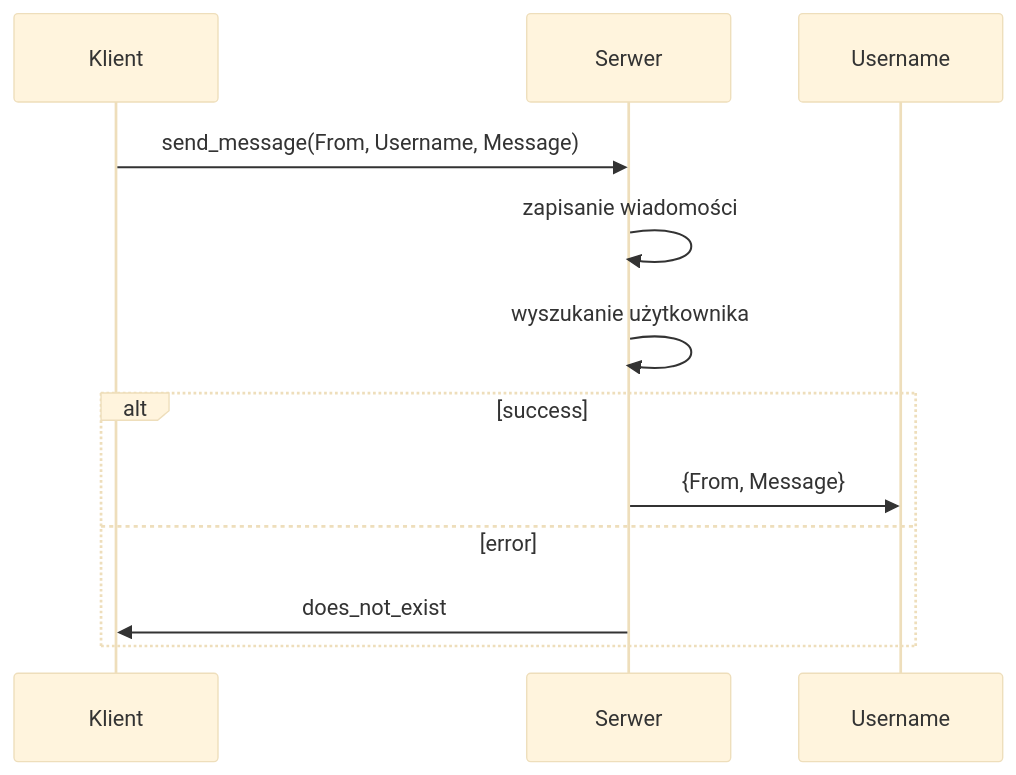
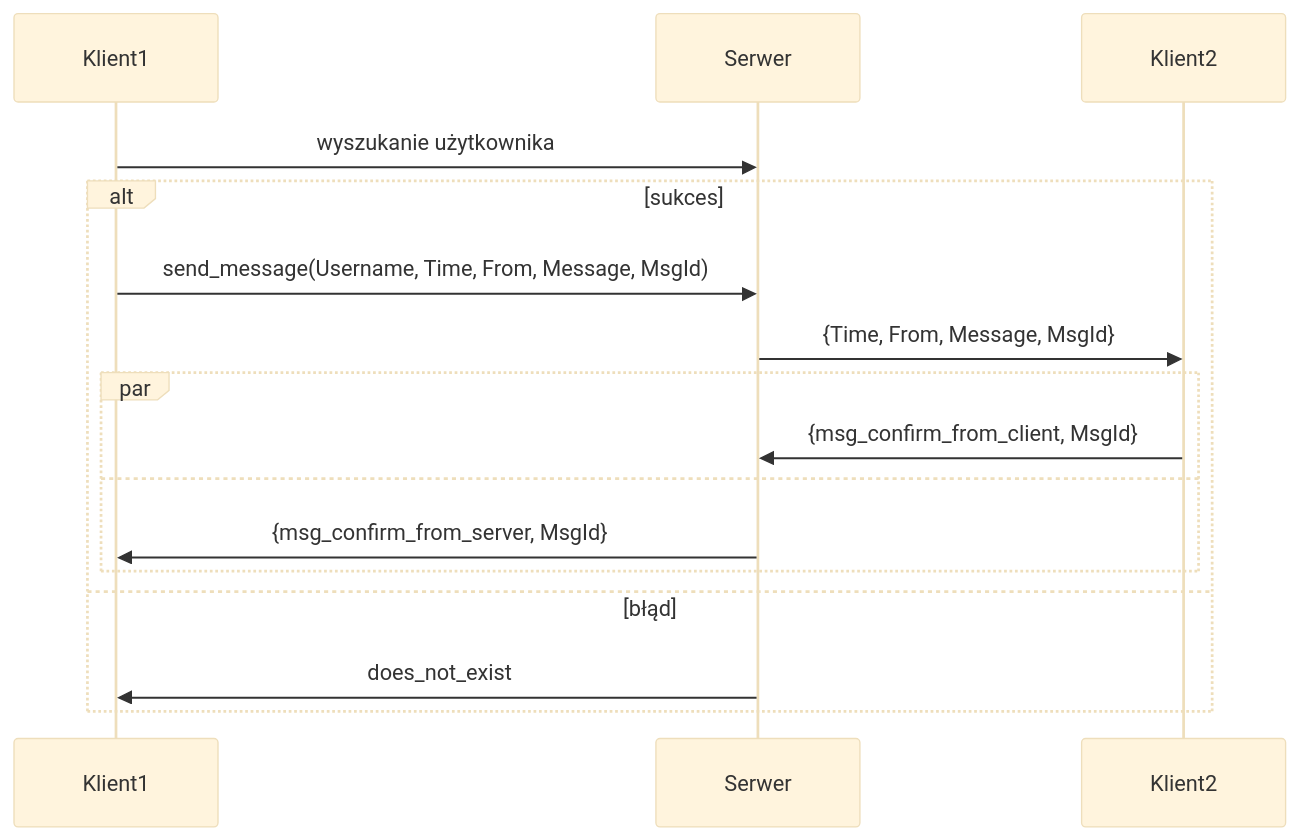
One commit to ZbiStr/communicator changed the fourth of 7 diagrams in doc/protocol.md. Above: the diagram before and after it, drawn with Mermaid (base theme). The commit also changed other lines of this file, not shown here.

````diff
--- a/doc/protocol.md
+++ b/doc/protocol.md
@@ -63,11 +64,16 @@
 ```mermaid
 sequenceDiagram
-Klient ->> Serwer: send_message(From, Username, Message)
-Serwer ->> Serwer: zapisanie wiadomości
-Serwer ->> Serwer: wyszukanie użytkownika
-alt success
-Serwer ->> Username: {From, Message}
-else error
-Serwer ->> Klient: does_not_exist
+Klient1 ->> Serwer: wyszukanie użytkownika
+alt sukces
+Klient1 ->> Serwer: send_message(Username, Time, From, Message, MsgId)
+Serwer ->> Klient2: {Time, From, Message, MsgId}
+par
+Klient2->> Serwer: {msg_confirm_from_client, MsgId}
+and
+Serwer ->> Klient1: {msg_confirm_from_server, MsgId}
 end
+else błąd
+Serwer ->> Klient1: does_not_exist
+end
+
 ```
````
